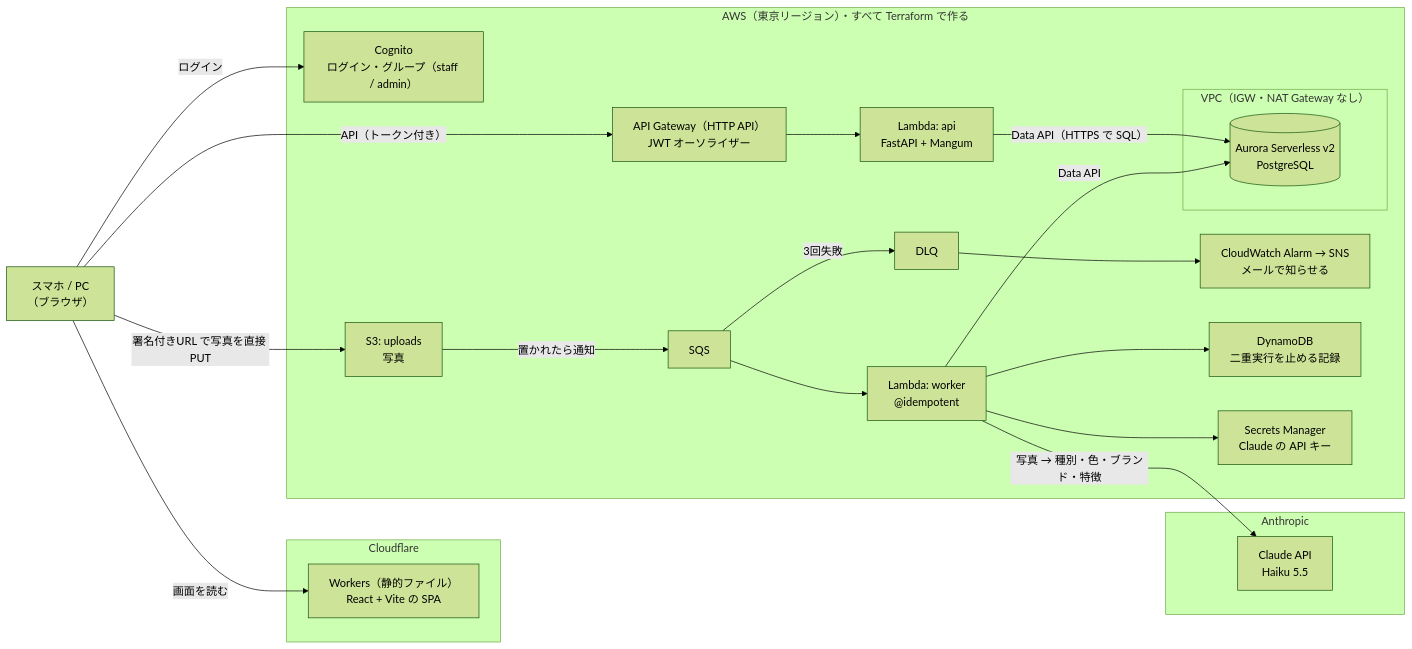
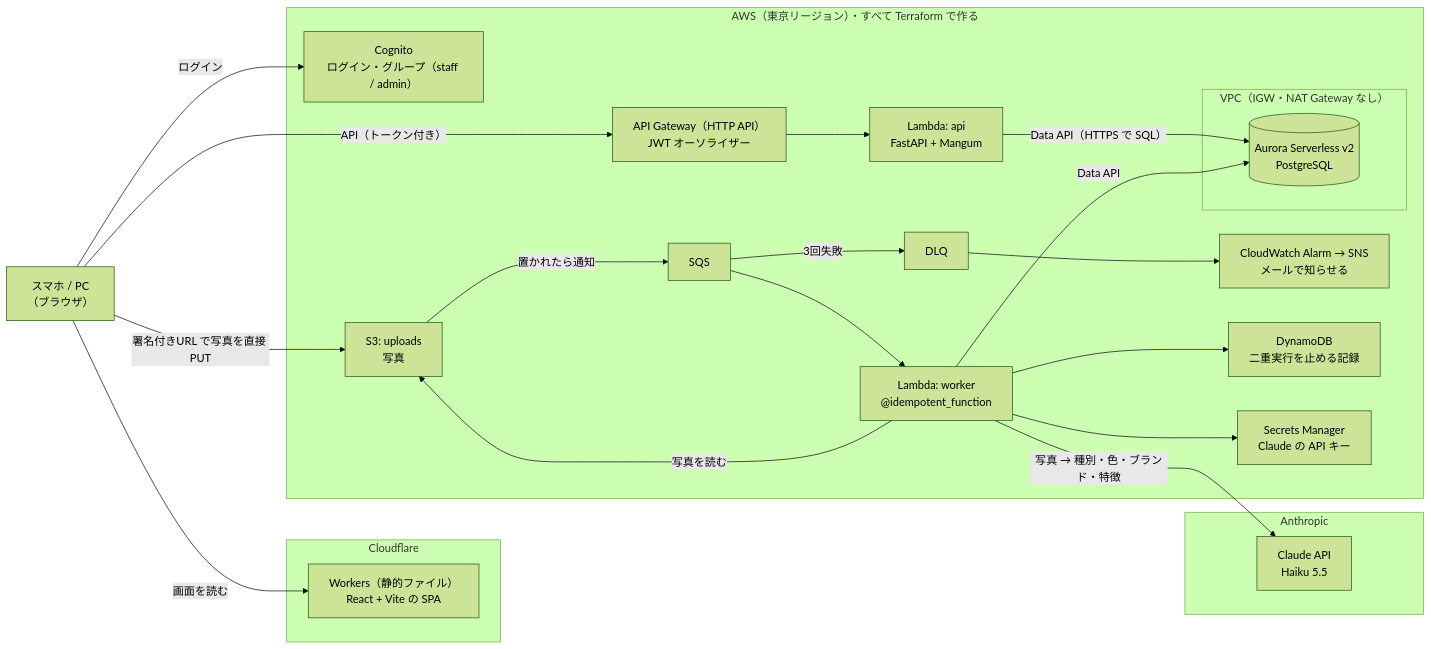
One commit to nkn-ms/photo-intake changed the diagram in frontend/src/architecture.mmd. Above: the diagram before and after it, drawn with Mermaid (forest theme). The commit also changed 2 other files, not shown here.

Commit message:
README と構成図の説明を実際の動きに合わせて直した（失敗は2種類（やり直さない失敗・3回やり直してから DLQ）・@idempotent_function・図に worker が S3 から写真を読む矢印・SQS と Aurora を選んだ理由の文・代わりのものの戻し方（CloudFront は作成済み、Bedrock の既定は Nova 2 Lite）・使い方に用意するものと SNS の確認メール。法律の話は外した）

```diff
--- a/frontend/src/architecture.mmd
+++ b/frontend/src/architecture.mmd
@@ -1,41 +1,42 @@
 %% 構成図（今動いている形）。Mermaid という、図を文字で書く記法で書いている。
 %% 画面の「構成」ページ（ArchitecturePage）がこのファイルを読んで図にする。
 %% README.md の構成図にも同じ文字を貼っている（GitHub は mermaid のコードブロックを図にして見せる）。直すときは両方を直す。
 flowchart LR
   user["スマホ / PC<br>（ブラウザ）"]
 
   subgraph cloudflare["Cloudflare"]
     web["Workers（静的ファイル）<br>React + Vite の SPA"]
   end
 
   subgraph aws["AWS（東京リージョン）・すべて Terraform で作る"]
     cognito["Cognito<br>ログイン・グループ（staff / admin）"]
     apigw["API Gateway（HTTP API）<br>JWT オーソライザー"]
     api["Lambda: api<br>FastAPI + Mangum"]
     s3["S3: uploads<br>写真"]
     sqs["SQS"]
     dlq["DLQ"]
     alarm["CloudWatch Alarm → SNS<br>メールで知らせる"]
-    worker["Lambda: worker<br>@idempotent"]
+    worker["Lambda: worker<br>@idempotent_function"]
     ddb["DynamoDB<br>二重実行を止める記録"]
     secret["Secrets Manager<br>Claude の API キー"]
     subgraph vpc["VPC（IGW・NAT Gateway なし）"]
       aurora[("Aurora Serverless v2<br>PostgreSQL")]
     end
   end
 
   subgraph anthropic["Anthropic"]
     claude["Claude API<br>Haiku 5.5"]
   end
 
   user -- "画面を読む" --> web
   user -- "ログイン" --> cognito
   user -- "API（トークン付き）" --> apigw --> api
   api -- "Data API（HTTPS で SQL）" --> aurora
   user -- "署名付きURL で写真を直接 PUT" --> s3
   s3 -- "置かれたら通知" --> sqs --> worker
+  worker -- "写真を読む" --> s3
   sqs -- "3回失敗" --> dlq --> alarm
   worker --> ddb
   worker --> secret
   worker -- "写真 → 種別・色・ブランド・特徴" --> claude
   worker -- "Data API" --> aurora
```
